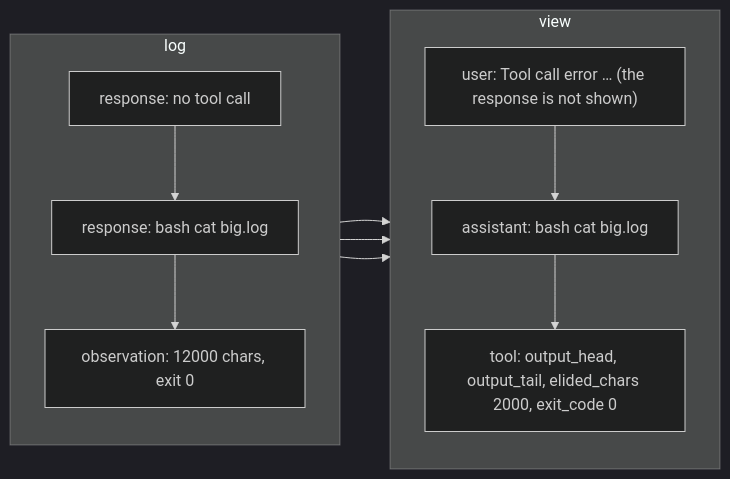
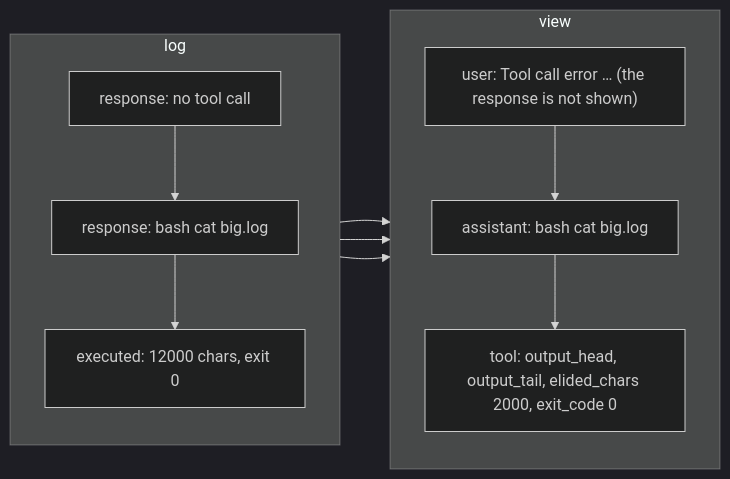
The first of 2 diagrams in docs/miniswe.md (pku-xht/alaya), drawn with Mermaid (dark theme) before and after one commit. The commit also changed other lines of this file and 48 other files, not shown here.

````diff
--- a/docs/miniswe.md
+++ b/docs/miniswe.md
@@ -104,20 +130,20 @@
 ```mermaid
 flowchart LR
   subgraph L["log"]
     direction TB
     L1["response: no tool call"]
     L2["response: bash cat big.log"]
-    L3["observation: 12000 chars, exit 0"]
+    L3["executed: 12000 chars, exit 0"]
     L1 --> L2 --> L3
   end
   subgraph V["view"]
     direction TB
     V1["user: Tool call error … (the response is not shown)"]
     V2["assistant: bash cat big.log"]
     V3["tool: output_head, output_tail, elided_chars 2000, exit_code 0"]
     V1 --> V2 --> V3
   end
   L1 --> V1
   L2 --> V2
   L3 --> V3
 ```
````
